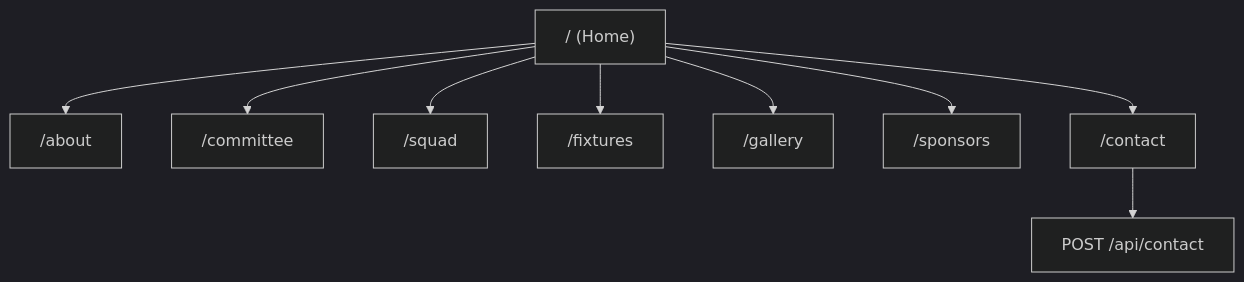
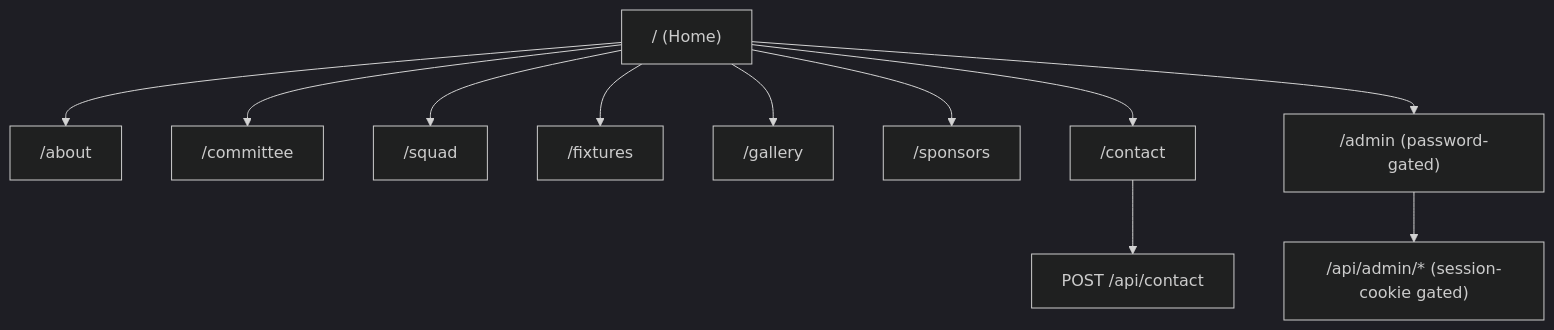
One commit to Mayur-N/bpscc changed the third of 6 diagrams in docs/ARCHITECTURE.md. Above: the diagram before and after it, drawn with Mermaid (dark theme). The commit also changed other lines of this file and 26 other files, not shown here.

````diff
--- a/docs/ARCHITECTURE.md
+++ b/docs/ARCHITECTURE.md
@@ -72,11 +72,13 @@
 ```mermaid
 flowchart TD
     Root["/ (Home)"] --> About["/about"]
     Root --> Committee["/committee"]
     Root --> Squad["/squad"]
     Root --> Fixtures["/fixtures"]
     Root --> Gallery["/gallery"]
     Root --> Sponsors["/sponsors"]
     Root --> Contact["/contact"]
     Contact --> API["POST /api/contact"]
+    Root --> Admin["/admin (password-gated)"]
+    Admin --> AdminAPI["/api/admin/* (session-cookie gated)"]
 ```
````
